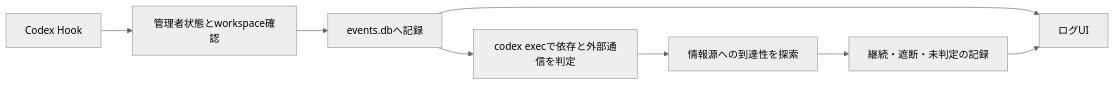
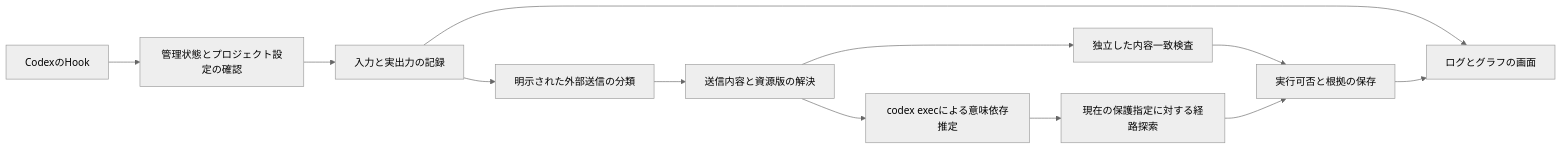
The diagram in docs/設計/アーキテクチャ.md (mani1261790/ToolUseProxy), drawn with Mermaid (neutral theme) before and after one commit. The commit also changed other lines of this file and 67 other files, not shown here.

````diff
--- a/docs/設計/アーキテクチャ.md
+++ b/docs/設計/アーキテクチャ.md
@@ -6,10 +7,14 @@
 ```mermaid
 flowchart LR
-  H[Codex Hook] --> A[管理者状態とworkspace確認]
-  A --> J[events.dbへ記録]
-  J --> M[codex execで依存と外部通信を判定]
-  M --> G[情報源への到達性を探索]
-  G --> D[継続・遮断・未判定の記録]
-  J --> V[ログUI]
-  D --> V
+  H[CodexのHook] --> A[管理状態とプロジェクト設定の確認]
+  A --> J[入力と実出力の記録]
+  J --> C[明示された外部送信の分類]
+  C --> E[送信内容と資源版の解決]
+  E --> D[独立した内容一致検査]
+  E --> M[codex execによる意味依存推定]
+  M --> G[現在の保護指定に対する経路探索]
+  D --> P[実行可否と根拠の保存]
+  G --> P
+  J --> V[ログとグラフの画面]
+  P --> V
 ```
````
